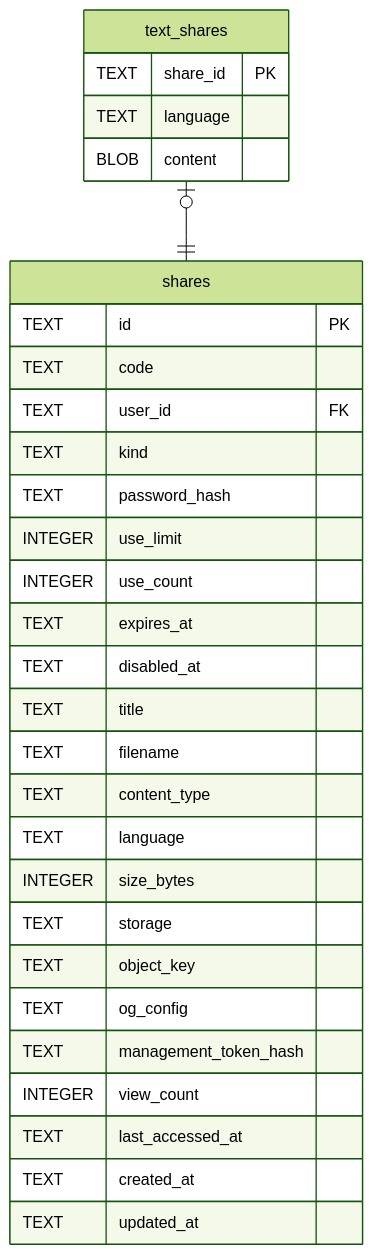
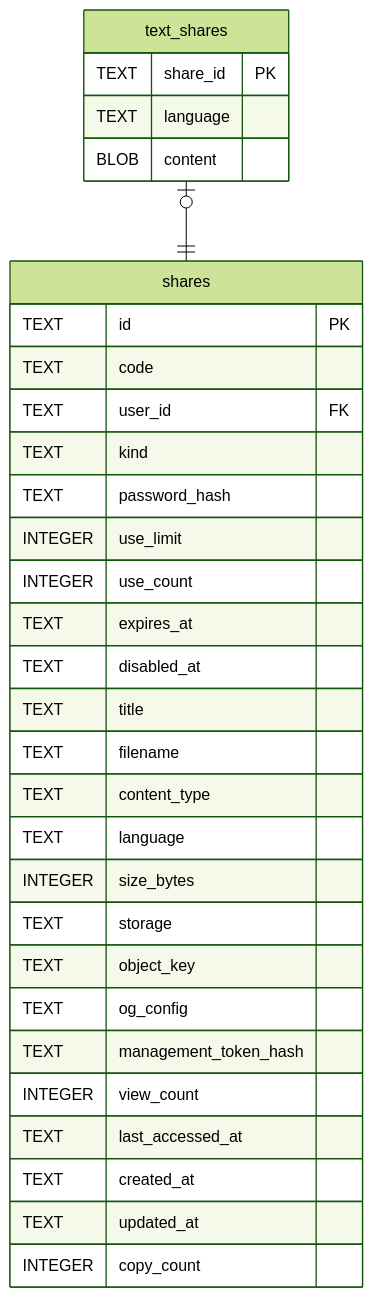
Before and after one commit to Limatura/tessera: the diagram in docs/schema/text_shares.md, drawn with Mermaid (forest theme). The commit also changed 21 other files, not shown here.

````diff
--- a/docs/schema/text_shares.md
+++ b/docs/schema/text_shares.md
@@ -44,35 +44,36 @@
 ```mermaid
 erDiagram
 
 "text_shares" |o--|| "shares" : ""
 
 "text_shares" {
   TEXT share_id PK
   TEXT language
   BLOB content
 }
 "shares" {
   TEXT id PK
   TEXT code
   TEXT user_id FK
   TEXT kind
   TEXT password_hash
   INTEGER use_limit
   INTEGER use_count
   TEXT expires_at
   TEXT disabled_at
   TEXT title
   TEXT filename
   TEXT content_type
   TEXT language
   INTEGER size_bytes
   TEXT storage
   TEXT object_key
   TEXT og_config
   TEXT management_token_hash
   INTEGER view_count
   TEXT last_accessed_at
   TEXT created_at
   TEXT updated_at
+  INTEGER copy_count
 }
 ```
````
